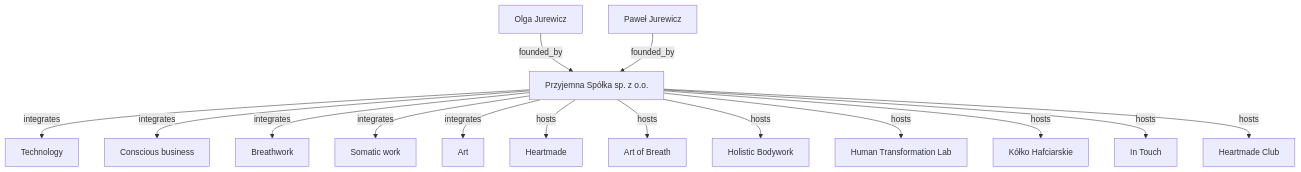
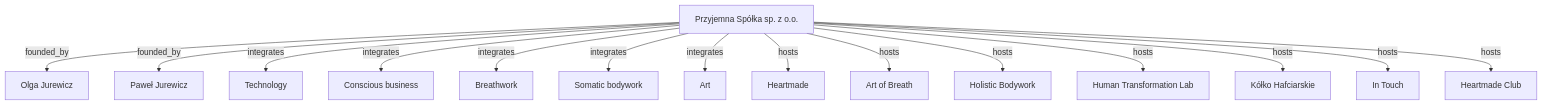
Before and after one commit to pawel-jurewicz-heartmade/przyjemna-spolka: the diagram in docs/brand-architecture.md, drawn with Mermaid. The commit also changed other lines of this file and 4 other files, not shown here.

````diff
--- a/docs/brand-architecture.md
+++ b/docs/brand-architecture.md
@@ -15,33 +15,33 @@
 ```mermaid
 flowchart TD
     PrzyjemnaSpolka["Przyjemna Spółka sp. z o.o."]
     OlgaJurewicz["Olga Jurewicz"]
     PawelJurewicz["Paweł Jurewicz"]
     Technology["Technology"]
     Breathwork["Breathwork"]
-    SomaticWork["Somatic work"]
+    SomaticBodywork["Somatic bodywork"]
     Art["Art"]
     ConsciousBusiness["Conscious business"]
     Heartmade["Heartmade"]
     ArtOfBreath["Art of Breath"]
     HolisticBodywork["Holistic Bodywork"]
     HumanTransformationLab["Human Transformation Lab"]
     KolkoHafciarskie["Kółko Hafciarskie"]
     InTouch["In Touch"]
     HeartmadeClub["Heartmade Club"]
 
-    OlgaJurewicz -->|"founded_by"| PrzyjemnaSpolka
-    PawelJurewicz -->|"founded_by"| PrzyjemnaSpolka
+    PrzyjemnaSpolka -->|"founded_by"| OlgaJurewicz
+    PrzyjemnaSpolka -->|"founded_by"| PawelJurewicz
     PrzyjemnaSpolka -->|"integrates"| Technology
     PrzyjemnaSpolka -->|"integrates"| ConsciousBusiness
     PrzyjemnaSpolka -->|"integrates"| Breathwork
-    PrzyjemnaSpolka -->|"integrates"| SomaticWork
+    PrzyjemnaSpolka -->|"integrates"| SomaticBodywork
     PrzyjemnaSpolka -->|"integrates"| Art
     PrzyjemnaSpolka -->|"hosts"| Heartmade
     PrzyjemnaSpolka -->|"hosts"| ArtOfBreath
     PrzyjemnaSpolka -->|"hosts"| HolisticBodywork
     PrzyjemnaSpolka -->|"hosts"| HumanTransformationLab
     PrzyjemnaSpolka -->|"hosts"| KolkoHafciarskie
     PrzyjemnaSpolka -->|"hosts"| InTouch
     PrzyjemnaSpolka -->|"hosts"| HeartmadeClub
 ```
````
